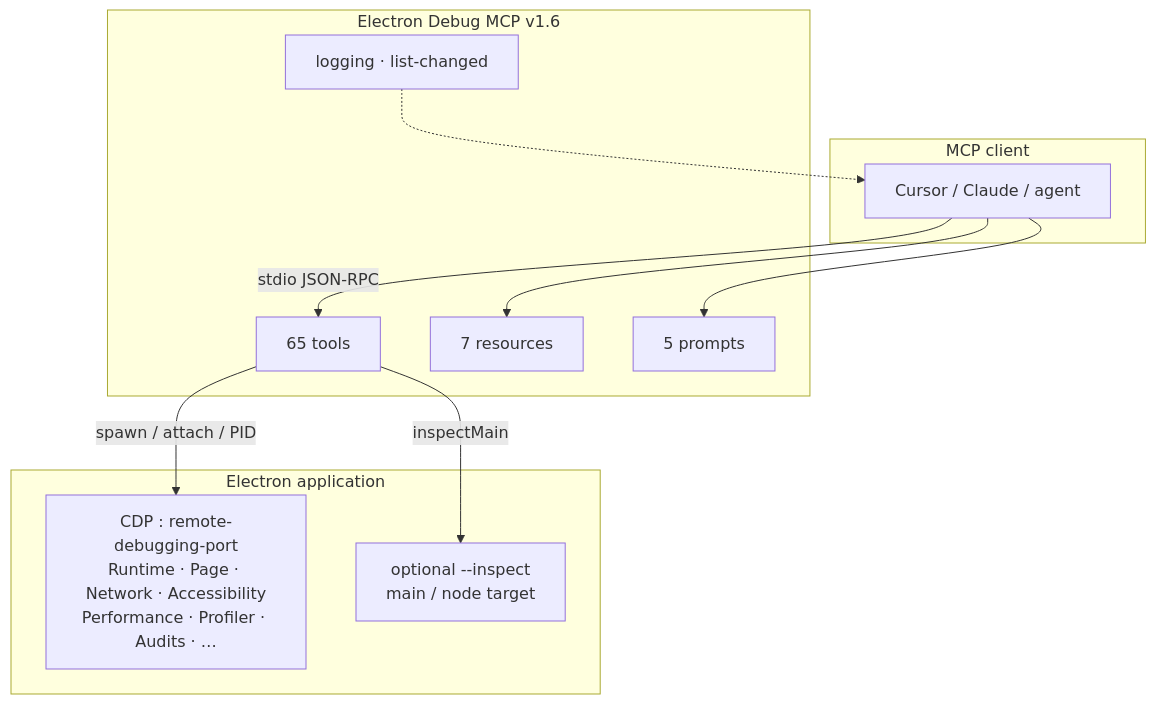
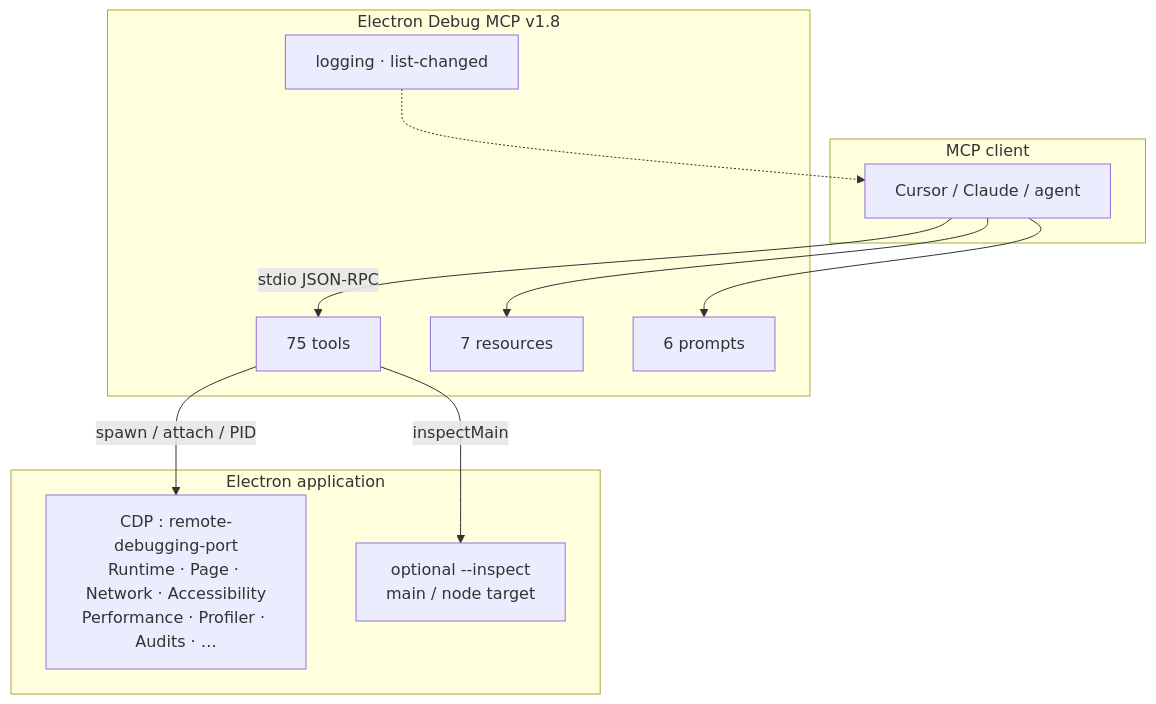
One commit to amafjarkasi/electron-mcp-server changed the second of 5 diagrams in README.md. Above: the diagram before and after it, drawn with Mermaid. The commit also changed other lines of this file and 8 other files, not shown here.

````diff
--- a/README.md
+++ b/README.md
@@ -339,25 +344,25 @@
 ```mermaid
 flowchart TB
   subgraph Client["MCP client"]
     Agent["Cursor / Claude / agent"]
   end
 
-  subgraph Server["Electron Debug MCP v1.6"]
-    Tools["65 tools"]
+  subgraph Server["Electron Debug MCP v1.8"]
+    Tools["75 tools"]
     Resources["7 resources"]
-    Prompts["5 prompts"]
+    Prompts["6 prompts"]
     Notify["logging · list-changed"]
   end
 
   subgraph App["Electron application"]
     CDP["CDP : remote-debugging-port<br/>Runtime · Page · Network · Accessibility<br/>Performance · Profiler · Audits · …"]
     Inspect["optional --inspect<br/>main / node target"]
   end
 
   Agent -->|"stdio JSON-RPC"| Tools
   Agent --> Resources
   Agent --> Prompts
   Tools -->|"spawn / attach / PID"| CDP
   Tools -->|"inspectMain"| Inspect
   Notify -.-> Agent
 ```
````
